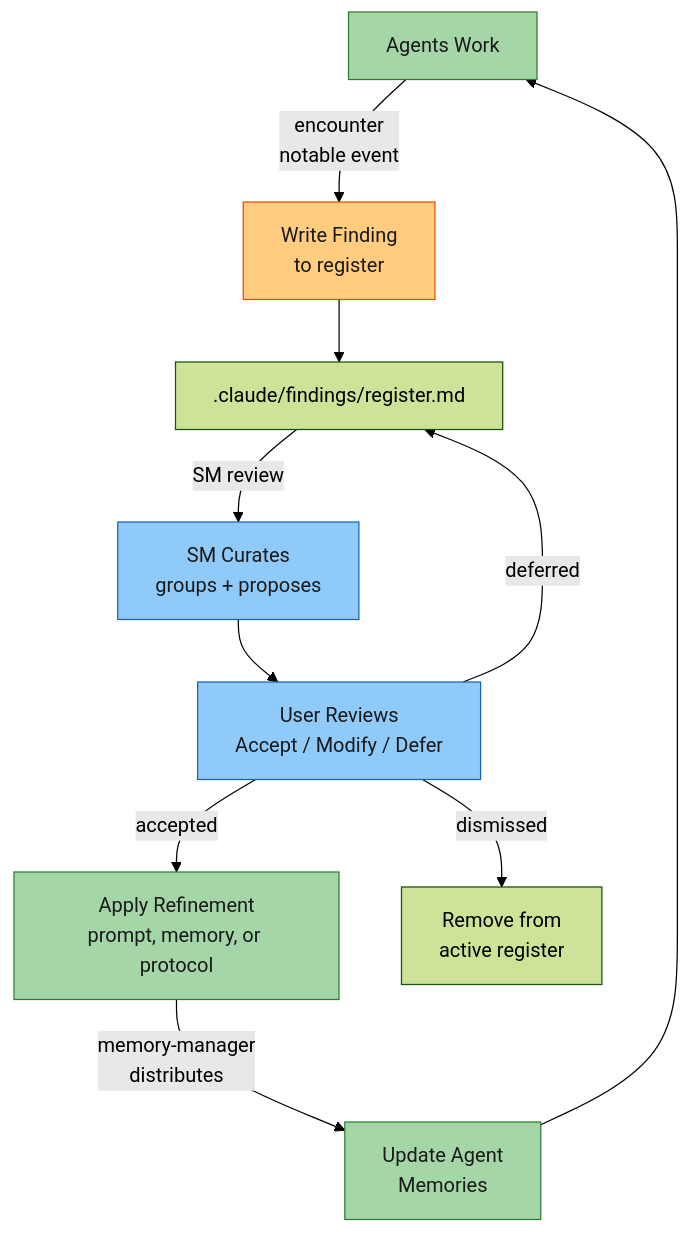
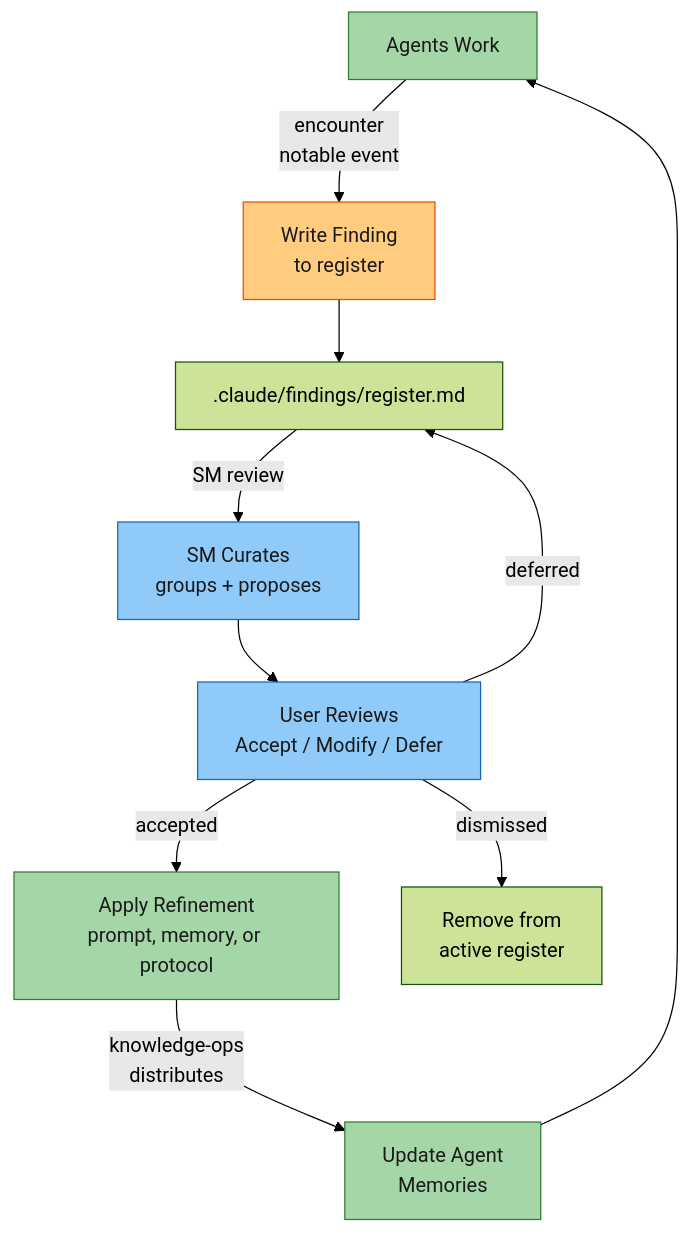
One commit to rdunie/venutian-antfarm changed diagram 11 of 23 in docs/COLLABORATION-MODEL.md. Above: the diagram before and after it, drawn with Mermaid (forest theme). The commit also changed other lines of this file, not shown here.

Commit message:
docs: add governance diagrams, TOC, knowledge-ops rename, tier colors to COLLABORATION-MODEL

````diff
--- a/docs/COLLABORATION-MODEL.md
+++ b/docs/COLLABORATION-MODEL.md
@@ -252,20 +390,20 @@
 ```mermaid
 flowchart TD
     WORK["Agents Work"] -->|"encounter\nnotable event"| FINDING["Write Finding\nto register"]
     FINDING --> REG[".claude/findings/register.md"]
     REG -->|"SM review"| CURATE["SM Curates\ngroups + proposes"]
     CURATE --> REVIEW["User Reviews\nAccept / Modify / Defer"]
     REVIEW -->|"accepted"| APPLY["Apply Refinement\nprompt, memory, or protocol"]
-    APPLY -->|"memory-manager\ndistributes"| DISTRIBUTE["Update Agent\nMemories"]
+    APPLY -->|"knowledge-ops\ndistributes"| DISTRIBUTE["Update Agent\nMemories"]
     DISTRIBUTE --> WORK
 
     REVIEW -->|"deferred"| REG
     REVIEW -->|"dismissed"| ARCHIVE["Remove from\nactive register"]
 
     style WORK fill:#a5d6a7,stroke:#2e7d32,color:#1a1a1a
     style FINDING fill:#ffcc80,stroke:#e65100,color:#1a1a1a
     style CURATE fill:#90caf9,stroke:#1565c0,color:#1a1a1a
     style REVIEW fill:#90caf9,stroke:#1565c0,color:#1a1a1a
     style APPLY fill:#a5d6a7,stroke:#2e7d32,color:#1a1a1a
     style DISTRIBUTE fill:#a5d6a7,stroke:#2e7d32,color:#1a1a1a
 ```
````
